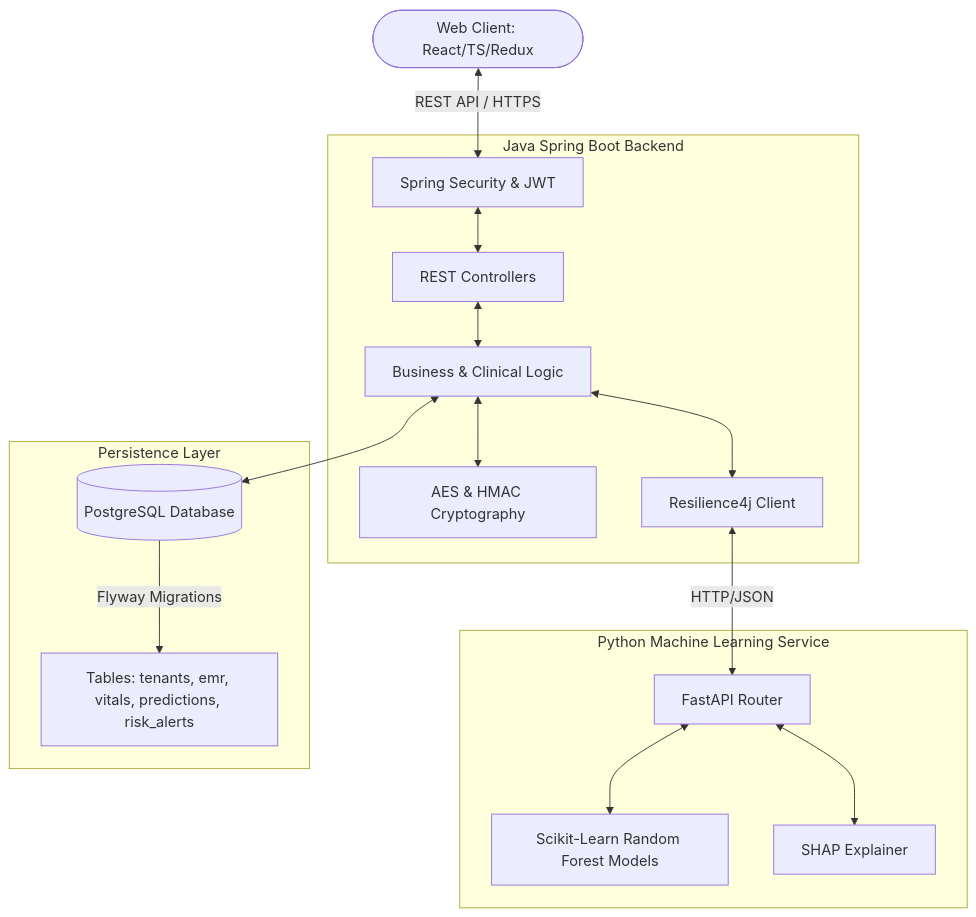
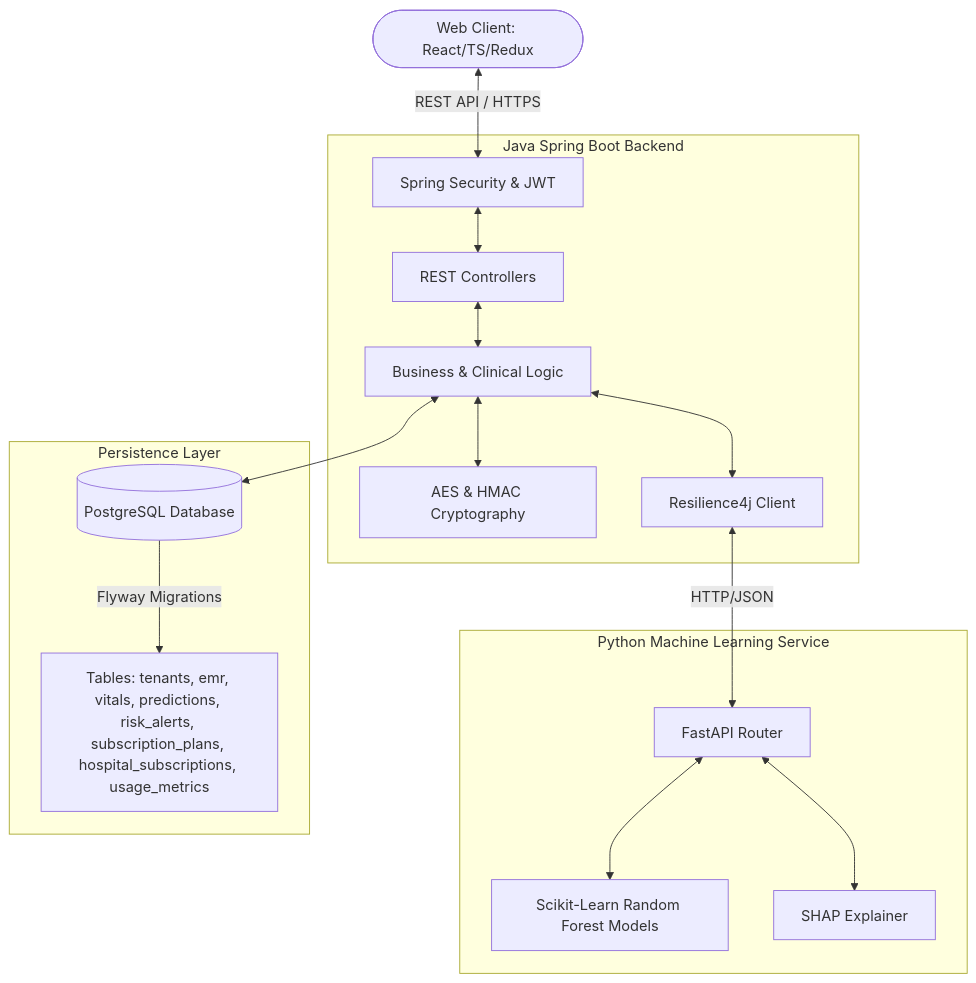
One commit to Rajkishor124/PrivHealth-AI changed the diagram in README.md. Above: the diagram before and after it, drawn with Mermaid. The commit also changed other lines of this file, not shown here.

Commit message:
docs: update README with SaaS subscription, billing, and onboarding features

````diff
--- a/README.md
+++ b/README.md
@@ -35,22 +41,22 @@
 ```mermaid
 graph TD
     User([Web Client: React/TS/Redux]) <--> |REST API / HTTPS| Gate[Spring Security & JWT]
     
     subgraph Java Spring Boot Backend
         Gate <--> Controller[REST Controllers]
         Controller <--> Service[Business & Clinical Logic]
         Service <--> Crypt[AES & HMAC Cryptography]
         Service <--> R4J[Resilience4j Client]
     end
 
     subgraph Python Machine Learning Service
         R4J <--> |HTTP/JSON| Fast[FastAPI Router]
         Fast <--> Models[Scikit-Learn Random Forest Models]
         Fast <--> SHAP[SHAP Explainer]
     end
 
     subgraph Persistence Layer
         Service <--> DB[(PostgreSQL Database)]
-        DB --> |Flyway Migrations| Schema[Tables: tenants, emr, vitals, predictions, risk_alerts]
+        DB --> |Flyway Migrations| Schema[Tables: tenants, emr, vitals, predictions, risk_alerts, subscription_plans, hospital_subscriptions, usage_metrics]
     end
 ```
````
